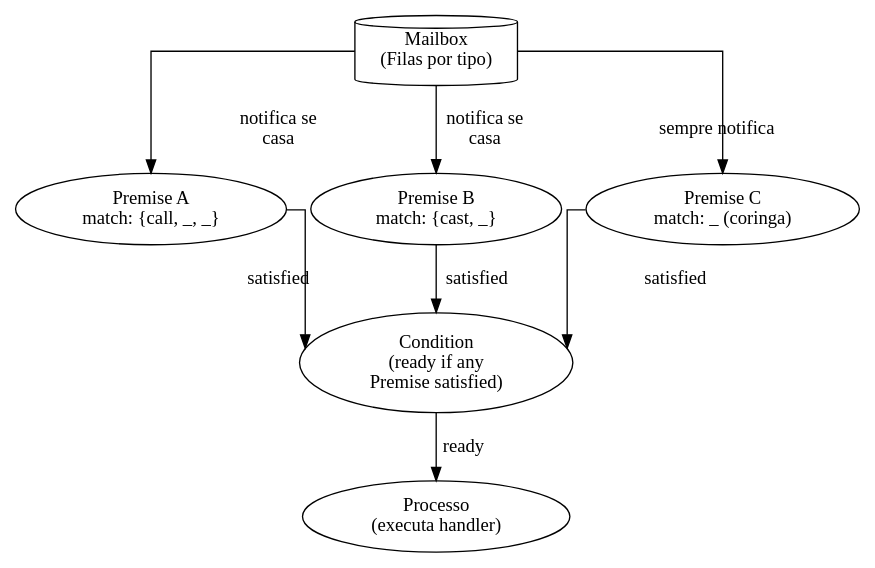
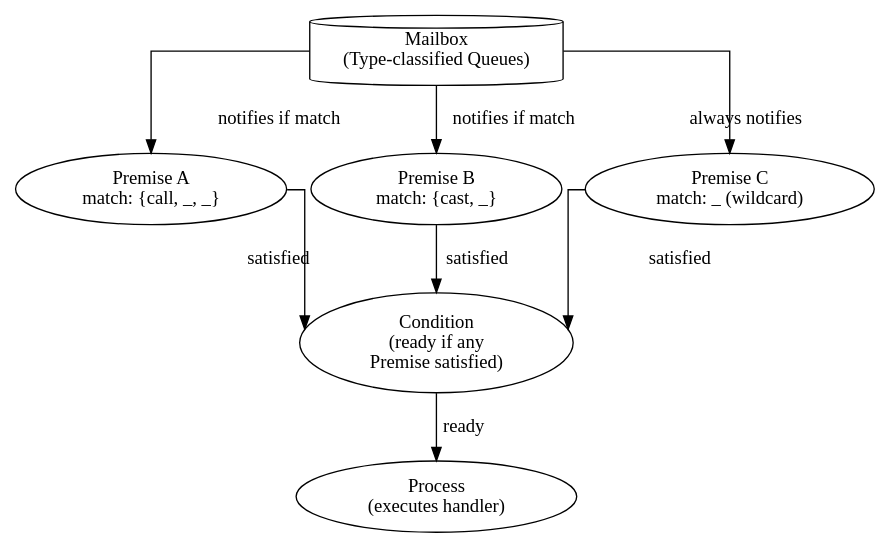
The diagram in book/src/chapters/04-pon-receive.md (matheuscamarques/pon_beam), drawn with Graphviz before and after one commit. The commit also changed other lines of this file and 45 other files, not shown here.

````diff
--- a/book/src/chapters/04-pon-receive.md
+++ b/book/src/chapters/04-pon-receive.md
@@ -46,18 +31,18 @@
 ```dot
 digraph pon_receive {
   rankdir=TB; splines=ortho
-  "Mailbox" [label="Mailbox\n(Filas por tipo)", shape=cylinder]
+  "Mailbox" [label="Mailbox\n(Type-classified Queues)", shape=cylinder]
   "Premise A" [label="Premise A\nmatch: {call, _, _}"]
   "Premise B" [label="Premise B\nmatch: {cast, _}"]
-  "Premise C" [label="Premise C\nmatch: _ (coringa)"]
+  "Premise C" [label="Premise C\nmatch: _ (wildcard)"]
   "Condition" [label="Condition\n(ready if any\nPremise satisfied)"]
-  "Process" [label="Processo\n(executa handler)"]
-  "Mailbox" -> "Premise A" [label="notifica se\ncasa"]
-  "Mailbox" -> "Premise B" [label="notifica se\ncasa"]
-  "Mailbox" -> "Premise C" [label="sempre notifica"]
+  "Process" [label="Process\n(executes handler)"]
+  "Mailbox" -> "Premise A" [label="notifies if match"]
+  "Mailbox" -> "Premise B" [label="notifies if match"]
+  "Mailbox" -> "Premise C" [label="always notifies"]
   "Premise A" -> "Condition" [label="satisfied"]
   "Premise B" -> "Condition" [label="satisfied"]
   "Premise C" -> "Condition" [label="satisfied"]
   "Condition" -> "Process" [label="ready"]
 }
 ```
````
